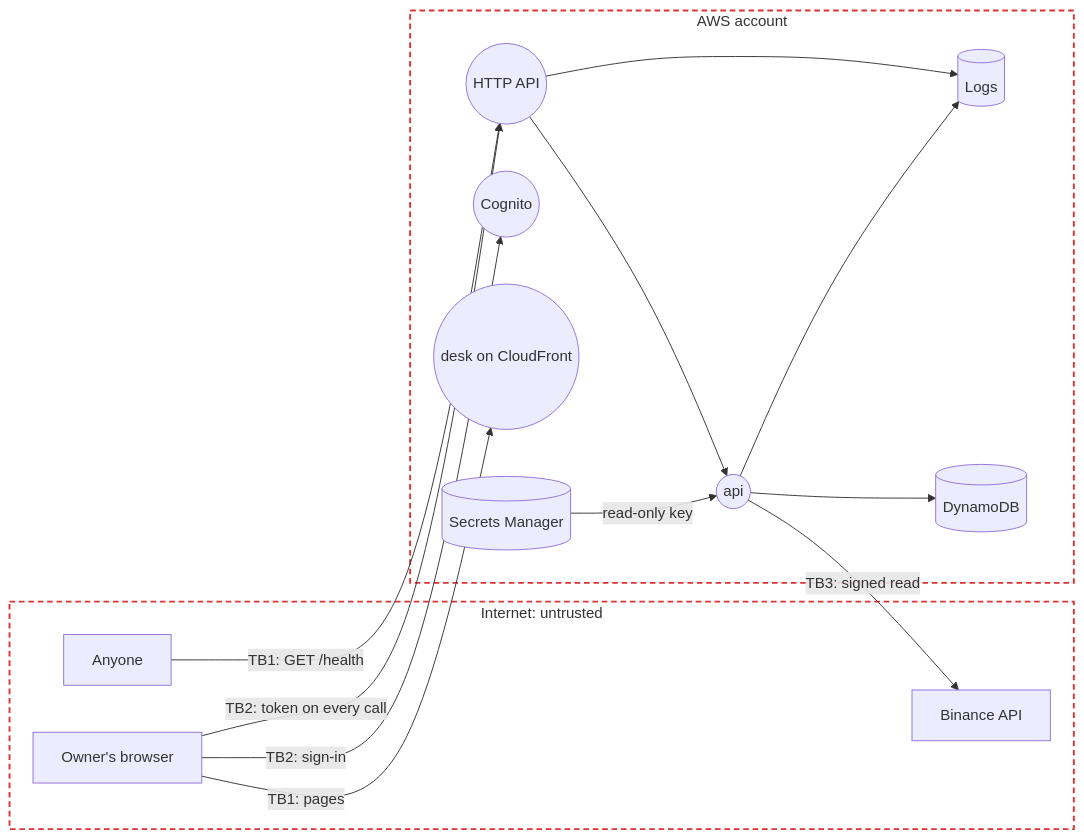
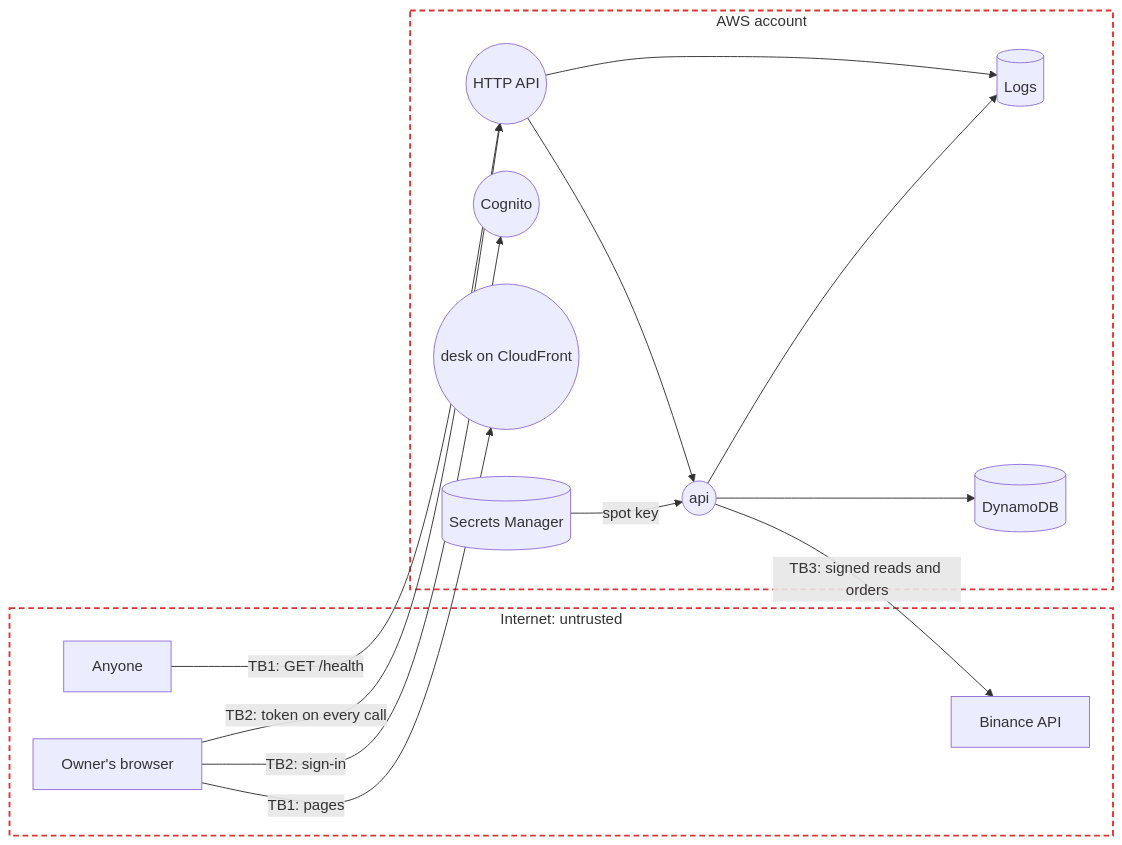
Before and after one commit to euginevd/trading-desk: the diagram in docs/threat-model.md, drawn with Mermaid. The commit also changed other lines of this file and 49 other files, not shown here.

````diff
--- a/docs/threat-model.md
+++ b/docs/threat-model.md
@@ -7,29 +7,29 @@
 ```mermaid
 flowchart LR
   subgraph internet ["Internet: untrusted"]
     caller[Anyone]
     owner[Owner's browser]
     binance[Binance API]
   end
   subgraph aws ["AWS account"]
     web((desk on CloudFront))
     cognito((Cognito))
     gateway((HTTP API))
     api((api))
     secret[(Secrets Manager)]
     table[(DynamoDB)]
     logs[(Logs)]
   end
   caller -- "TB1: GET /health" --> gateway
   owner -- "TB1: pages" --> web
   owner -- "TB2: sign-in" --> cognito
   owner -- "TB2: token on every call" --> gateway
   gateway --> api
-  api -- "TB3: signed read" --> binance
-  secret -- "read-only key" --> api
+  api -- "TB3: signed reads and orders" --> binance
+  secret -- "spot key" --> api
   api --> table
   gateway --> logs
   api --> logs
   classDef boundary fill:none,stroke:#d33,stroke-width:2px,stroke-dasharray:6 4
   class internet,aws boundary
 ```
````
